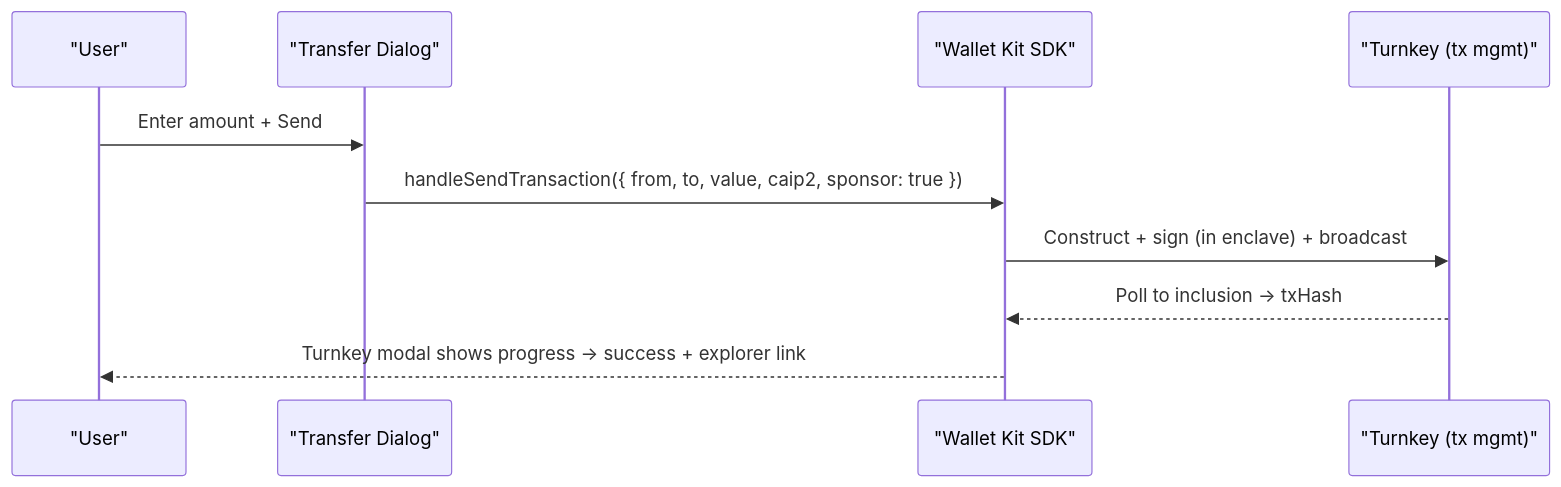
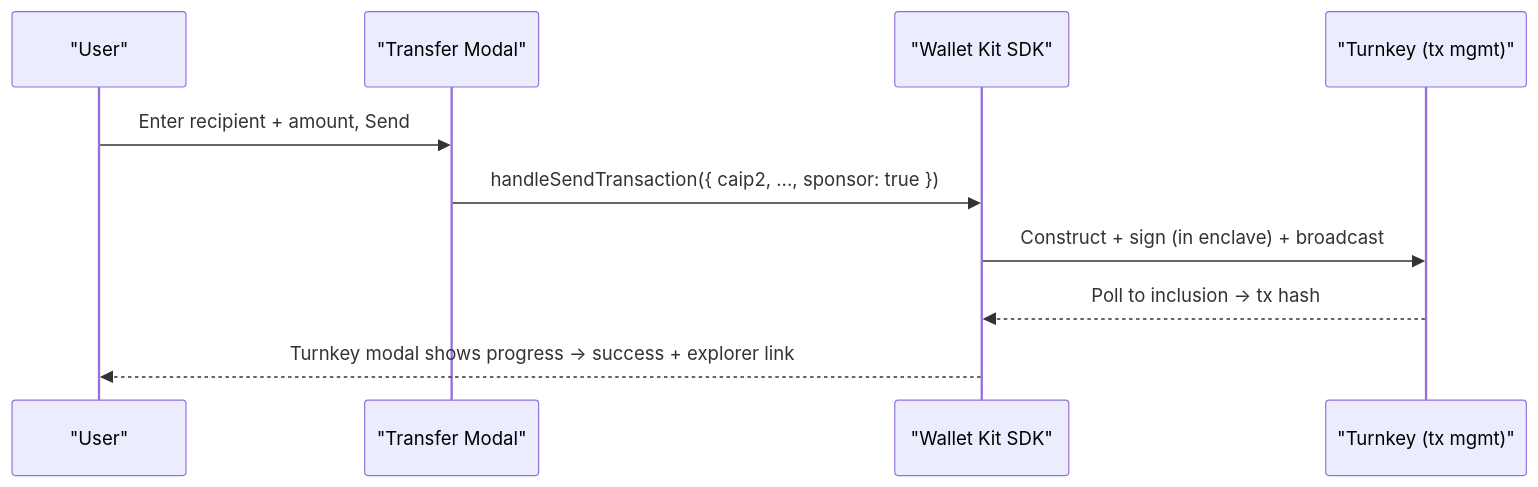
Before and after one commit to tkhq/demo-embedded-wallet: the fourth of 4 diagrams in README.md, drawn with Mermaid. The commit also changed other lines of this file and 1 other file, not shown here.

First line of the commit message:
Update README and CLAUDE.md for the current architecture

````diff
--- a/README.md
+++ b/README.md
@@ -221,13 +248,13 @@
 ```mermaid
 sequenceDiagram
   participant U as "User"
-  participant UI as "Transfer Dialog"
+  participant UI as "Transfer Modal"
   participant SDK as "Wallet Kit SDK"
   participant TK as "Turnkey (tx mgmt)"
 
-  U->>UI: Enter amount + Send
-  UI->>SDK: handleSendTransaction({ from, to, value, caip2, sponsor: true })
+  U->>UI: Enter recipient + amount, Send
+  UI->>SDK: handleSendTransaction({ caip2, ..., sponsor: true })
   SDK->>TK: Construct + sign (in enclave) + broadcast
-  TK-->>SDK: Poll to inclusion → txHash
+  TK-->>SDK: Poll to inclusion → tx hash
   SDK-->>U: Turnkey modal shows progress → success + explorer link
 ```
````
